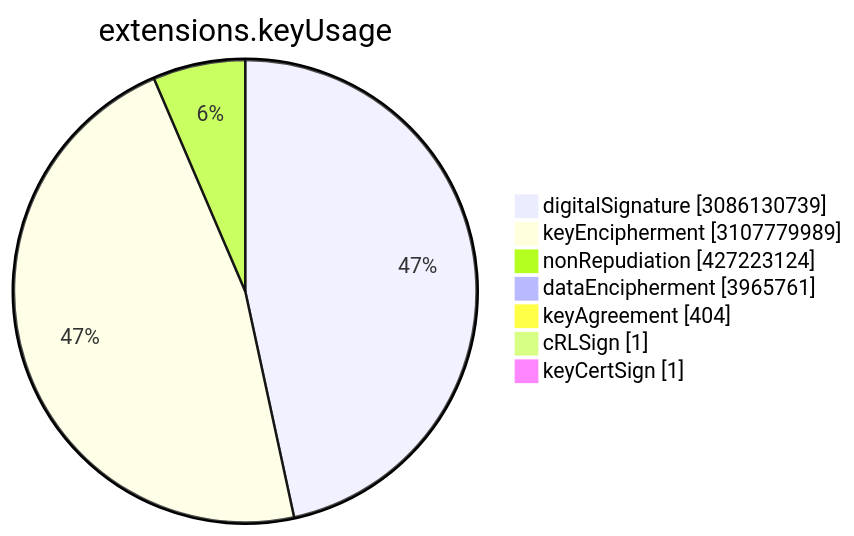
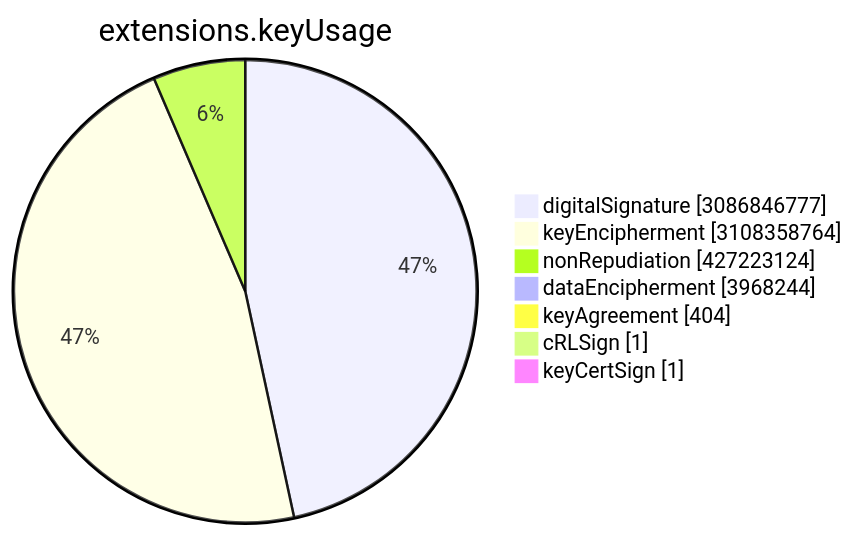
One commit to christiankrug/ctmonitor_visualization changed the sixth of 15 diagrams in TOTAL/README.md. Above: the diagram before and after it, drawn with Mermaid. The commit also changed other lines of this file, not shown here.

````diff
--- a/TOTAL/README.md
+++ b/TOTAL/README.md
@@ -3077,11 +3077,11 @@
 ```mermaid
 pie showData
 title extensions.keyUsage
-"digitalSignature" :3086130739
-"keyEncipherment" :3107779989
+"digitalSignature" :3086846777
+"keyEncipherment" :3108358764
 "nonRepudiation" :427223124
-"dataEncipherment" :3965761
+"dataEncipherment" :3968244
 "keyAgreement" :404
 "cRLSign" :1
 "keyCertSign" :1
 ```
````
